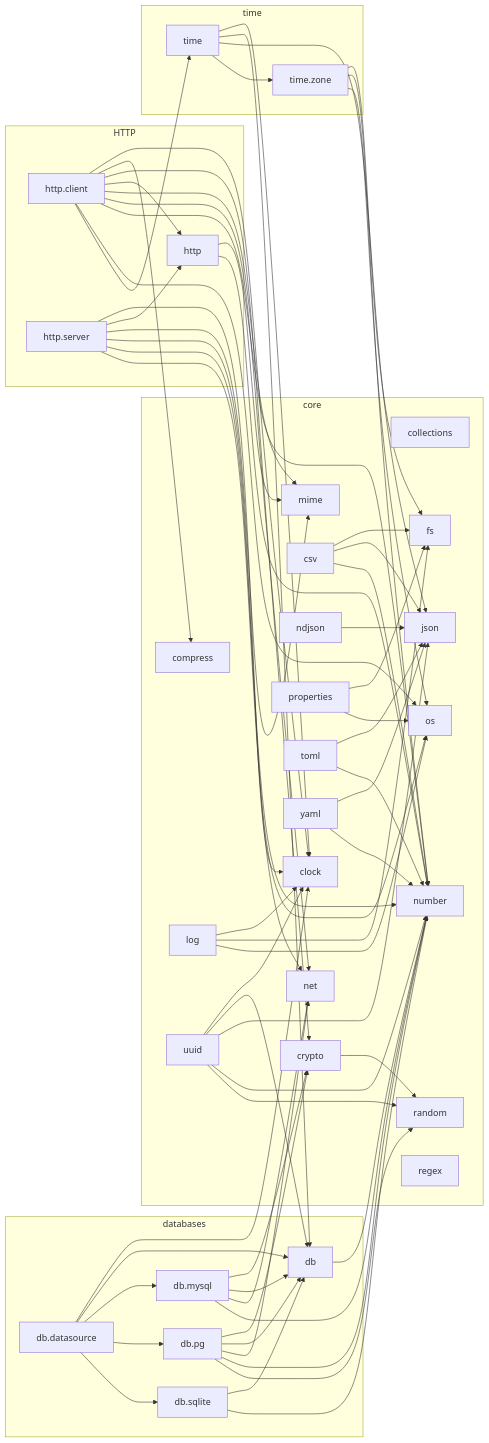
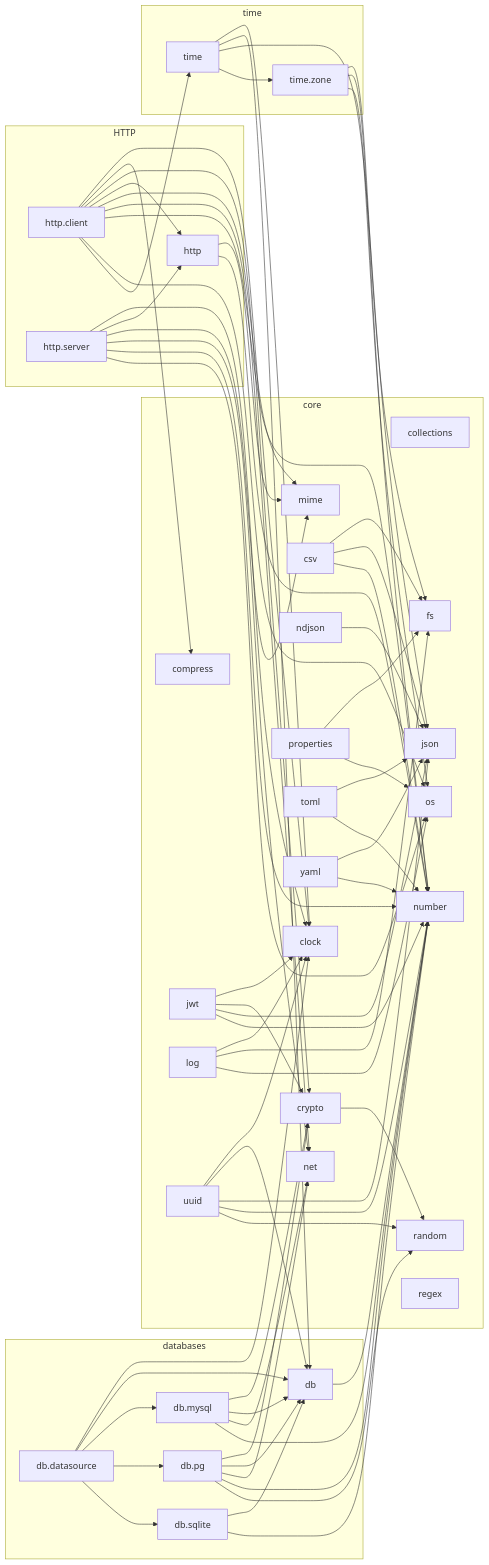
Before and after one commit to vasnatech/ziman: the diagram in docs/lib/dependencies.md, drawn with Mermaid. The commit also changed other lines of this file and 14 other files, not shown here.

Commit message:
jwt: JSON Web Tokens with HS256/384/512 (sign, verify, expiry/nbf, leeway); crypto sha384/hmac_sha384

```diff
--- a/docs/lib/dependencies.md
+++ b/docs/lib/dependencies.md
@@ -15,6 +15,7 @@
         csv["csv"]
         fs["fs"]
         json["json"]
+        jwt["jwt"]
         log["log"]
         mime["mime"]
         ndjson["ndjson"]
@@ -65,6 +66,10 @@
     db --> number
     http --> mime
     http --> number
+    jwt --> clock
+    jwt --> crypto
+    jwt --> json
+    jwt --> number
     log --> clock
     log --> fs
     log --> os
```
